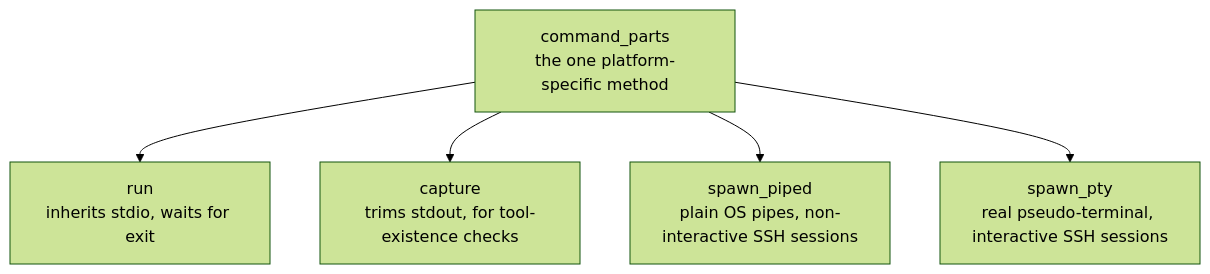
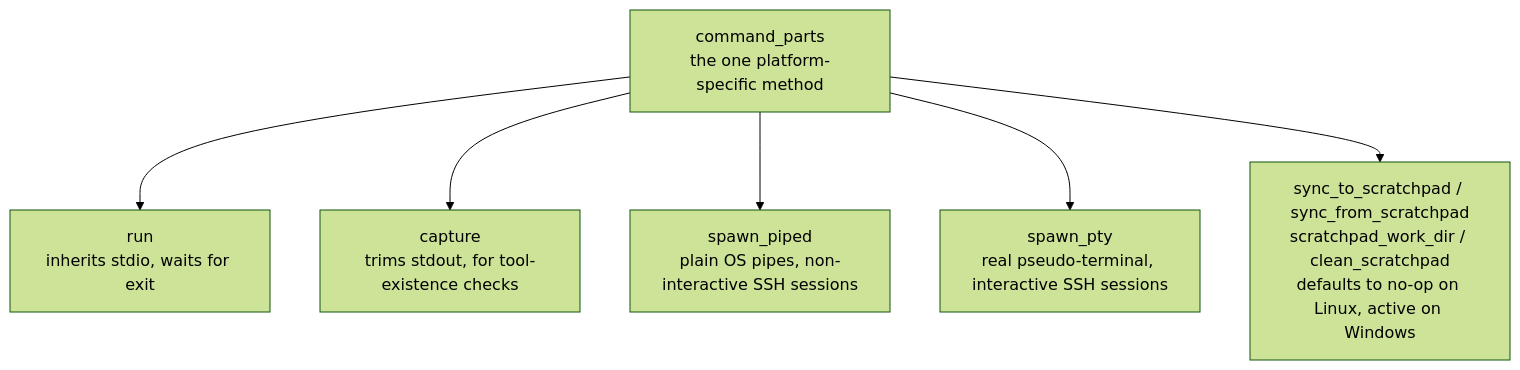
Before and after one commit to awasew/dev-box: the second of 6 diagrams in docs/architecture.md, drawn with Mermaid (forest theme). The commit also changed other lines of this file and 6 other files, not shown here.

````diff
--- a/docs/architecture.md
+++ b/docs/architecture.md
@@ -117,12 +129,14 @@
 ```mermaid
 flowchart TD
     CP["command_parts\nthe one platform-specific method"]
     Run["run\ninherits stdio, waits for exit"]
     Capture["capture\ntrims stdout, for tool-existence checks"]
     SpawnPiped["spawn_piped\nplain OS pipes, non-interactive SSH sessions"]
     SpawnPty["spawn_pty\nreal pseudo-terminal, interactive SSH sessions"]
+    Scratch["sync_to_scratchpad / sync_from_scratchpad\nscratchpad_work_dir / clean_scratchpad\ndefaults to no-op on Linux, active on Windows"]
     CP --> Run
     CP --> Capture
     CP --> SpawnPiped
     CP --> SpawnPty
+    CP --> Scratch
 ```
````
